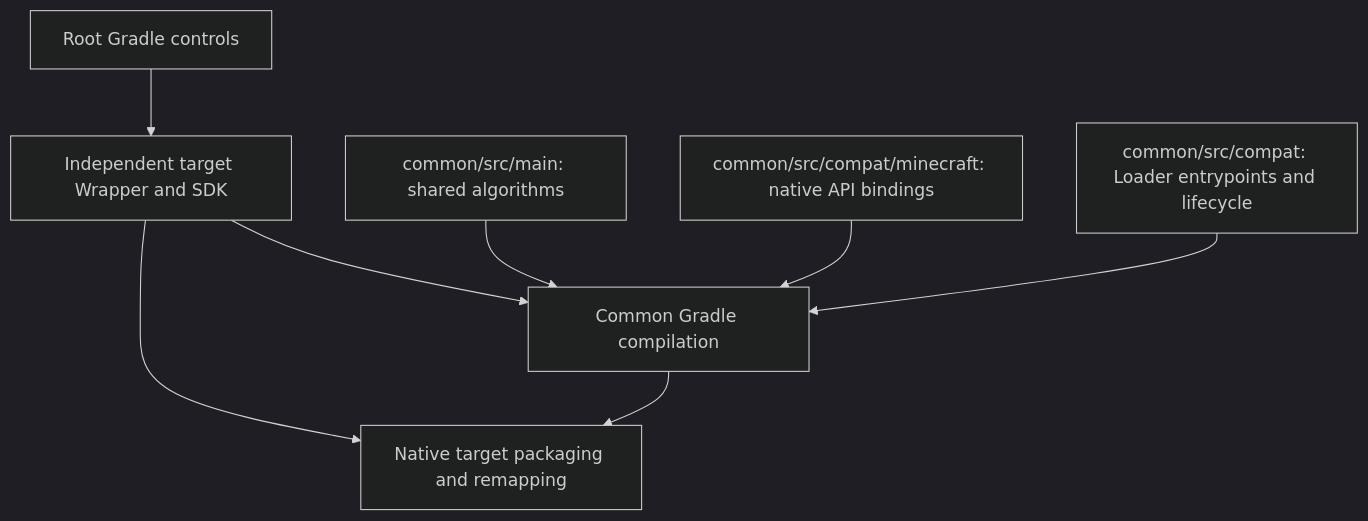
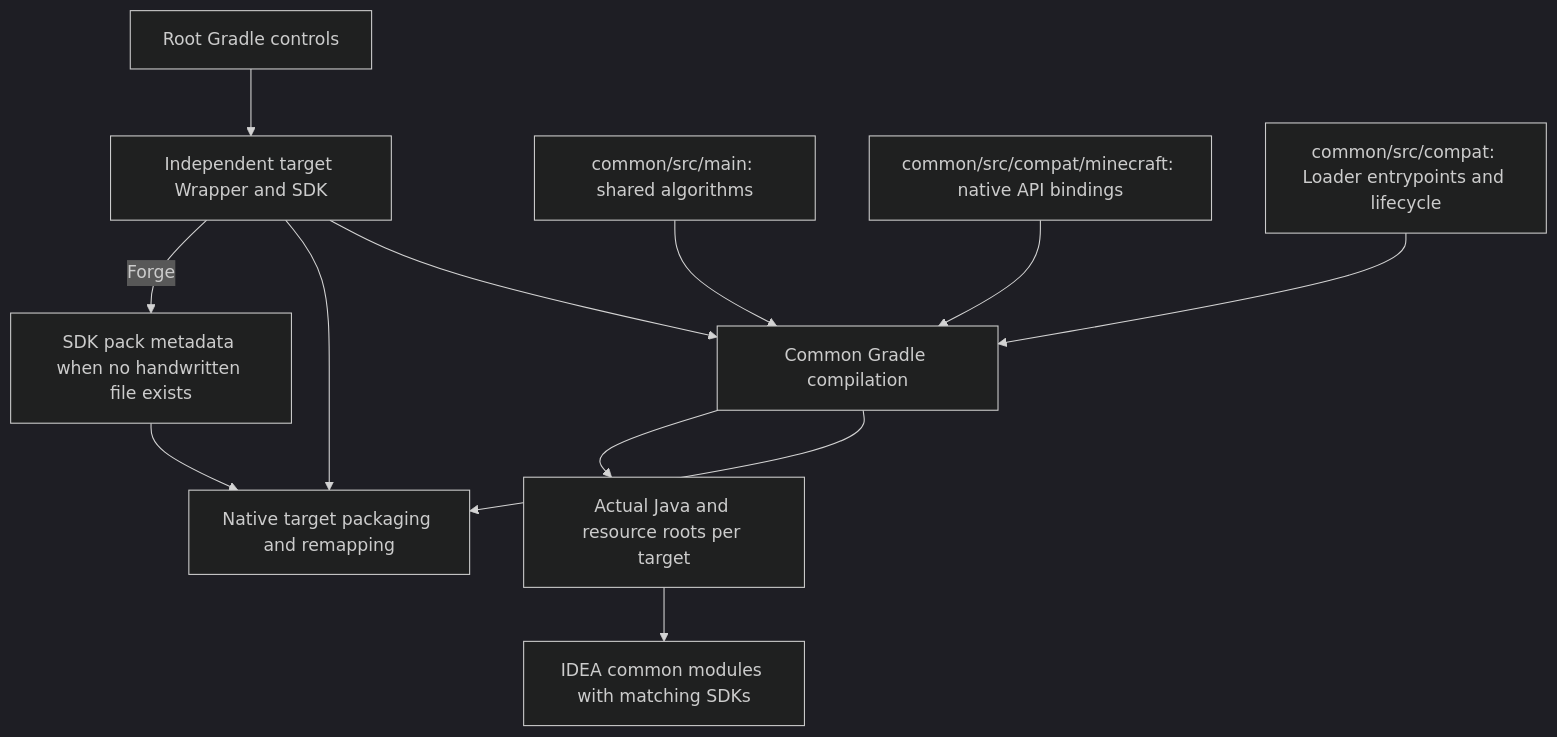
One commit to kltyton/LightSpeedRe changed the first of 2 diagrams in docs/development/build.md. Above: the diagram before and after it, drawn with Mermaid (dark theme). The commit also changed other lines of this file and 275 other files, not shown here.

````diff
--- a/docs/development/build.md
+++ b/docs/development/build.md
@@ -7,10 +7,14 @@
 ```mermaid
 flowchart TD
     root[Root Gradle controls] --> target[Independent target Wrapper and SDK]
     target --> common[Common Gradle compilation]
     shared[common/src/main: shared algorithms] --> common
     api[common/src/compat/minecraft: native API bindings] --> common
     loader[common/src/compat: Loader entrypoints and lifecycle] --> common
     common --> artifact[Native target packaging and remapping]
     target --> artifact
+    common --> model[Actual Java and resource roots per target]
+    model --> editor[IDEA common modules with matching SDKs]
+    target -->|Forge| metadata[SDK pack metadata when no handwritten file exists]
+    metadata --> artifact
 ```
````
